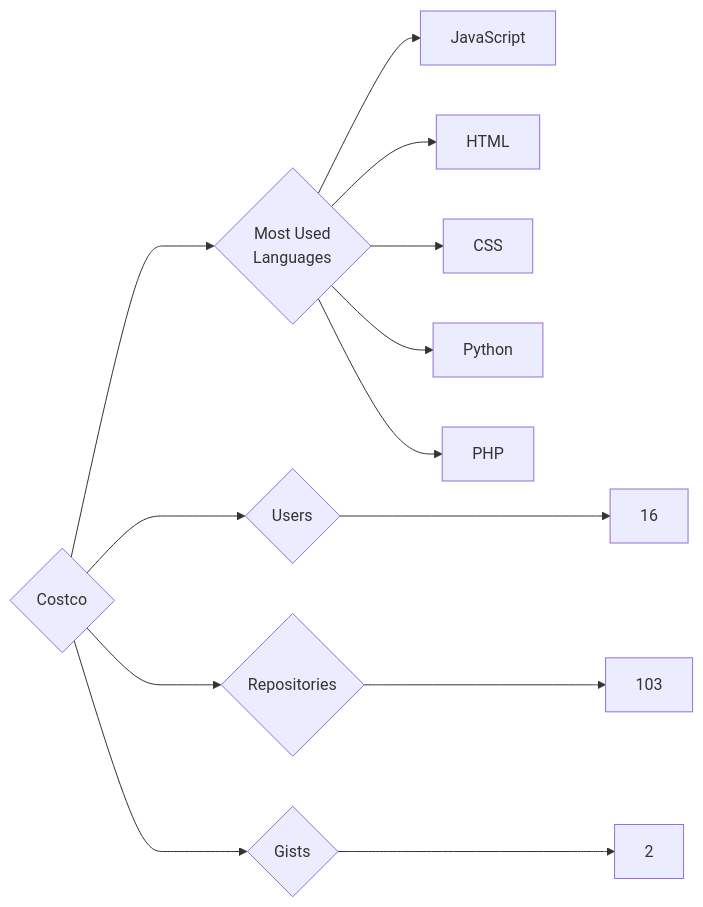
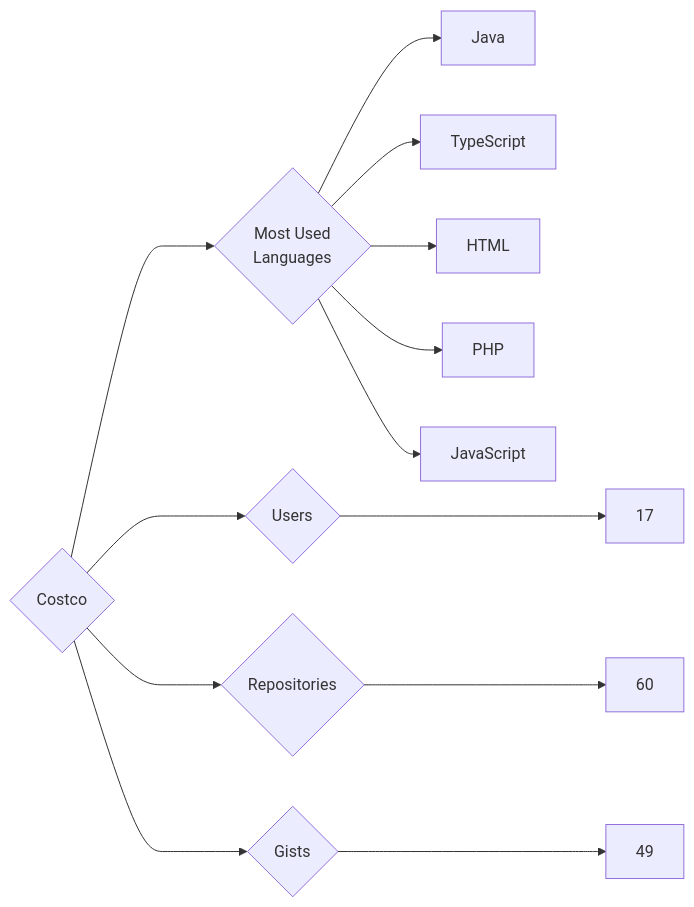
The diagram in targets/Costco/README.md (trickest/insiders), drawn with Mermaid before and after one commit. The commit also changed 633 other files, not shown here.

````diff
--- a/targets/Costco/README.md
+++ b/targets/Costco/README.md
@@ -3,13 +3,13 @@
 ```mermaid
 graph LR
 COMPANY_NAME{Costco}
-COMPANY_NAME ---> U{Users} ---> UN[16]
-COMPANY_NAME ---> R{Repositories} ---> RN[103]
-COMPANY_NAME ---> G{Gists} ---> GN[2]
+COMPANY_NAME ---> U{Users} ---> UN[17]
+COMPANY_NAME ---> R{Repositories} ---> RN[60]
+COMPANY_NAME ---> G{Gists} ---> GN[49]
 COMPANY_NAME ---> ML{Most Used<br>Languages}
+ML --> Java[Java]
+ML --> TypeScript[TypeScript]
+ML --> HTML[HTML]
+ML --> PHP[PHP]
 ML --> JavaScript[JavaScript]
-ML --> HTML[HTML]
-ML --> CSS[CSS]
-ML --> Python[Python]
-ML --> PHP[PHP]
 ```
````
